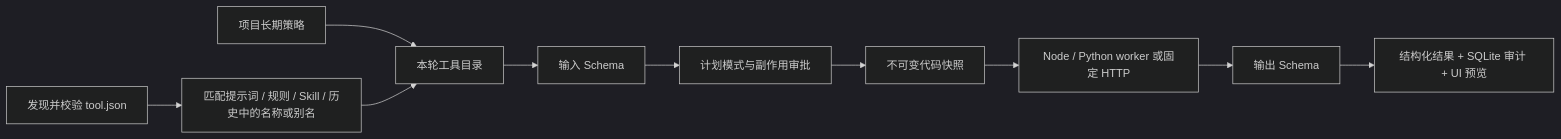
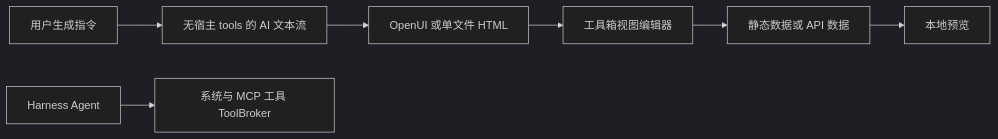
Before and after one commit to zhangxinggang/momo-ai: the second of 2 diagrams in docs/architecture/ai-chat-harness-integration-design.md, drawn with Mermaid (dark theme). The commit also changed other lines of this file and 163 other files, not shown here.

````diff
--- a/docs/architecture/ai-chat-harness-integration-design.md
+++ b/docs/architecture/ai-chat-harness-integration-design.md
@@ -145,12 +133,9 @@
 ```mermaid
 flowchart LR
-  Discover[发现并校验 tool.json] --> Match[匹配提示词 / 规则 / Skill / 历史中的名称或别名]
-  Policy[项目长期策略] --> Catalog[本轮工具目录]
-  Match --> Catalog
-  Catalog --> Input[输入 Schema]
-  Input --> Permission[计划模式与副作用审批]
-  Permission --> Snapshot[不可变代码快照]
-  Snapshot --> Worker[Node / Python worker 或固定 HTTP]
-  Worker --> Output[输出 Schema]
-  Output --> Result[结构化结果 + SQLite 审计 + UI 预览]
+  Prompt[用户生成指令] --> Generator[无宿主 tools 的 AI 文本流]
+  Generator --> View[OpenUI 或单文件 HTML]
+  View --> Editor[工具箱视图编辑器]
+  Editor --> Data[静态数据或 API 数据]
+  Data --> Preview[本地预览]
+  Agent[Harness Agent] --> Broker[系统与 MCP 工具 ToolBroker]
 ```
````
